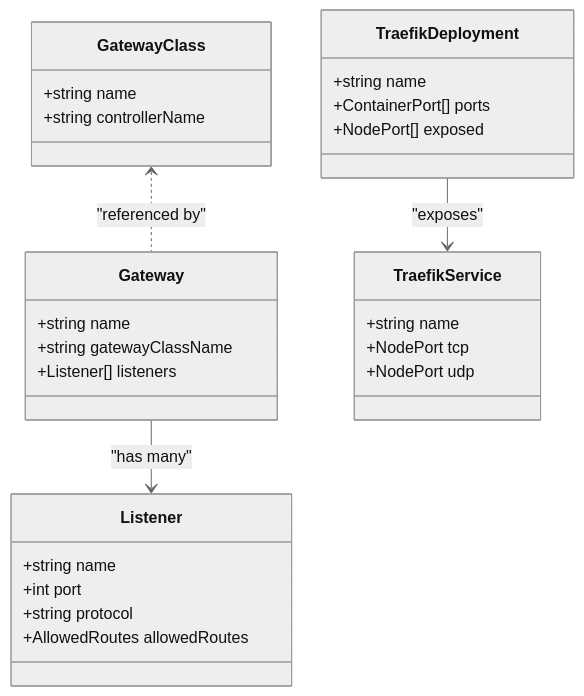
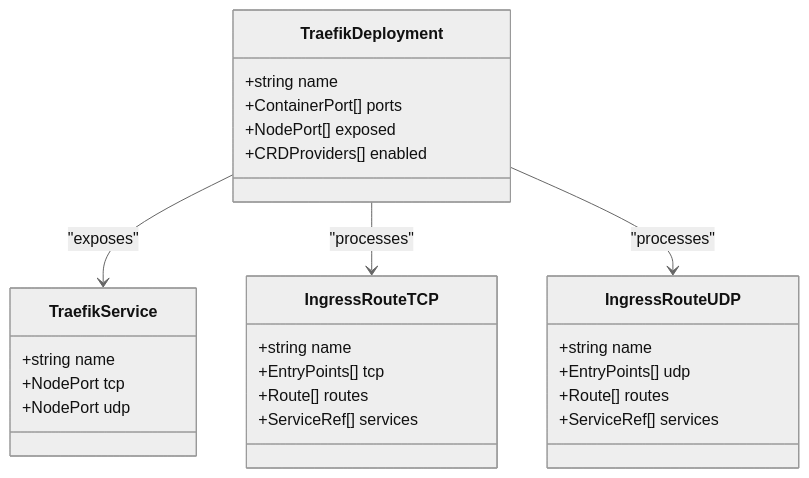
Before and after one commit to Hoangvu75/k8s_manifest: the fourth of 5 diagrams in .qoder/repowiki/en/content/Playground Applications/Demo Applications/TCP Echo Demo Application.md, drawn with Mermaid (neutral theme). The commit also changed other lines of this file and 10 other files, not shown here.

````diff
--- a/.qoder/repowiki/en/content/Playground Applications/Demo Applications/TCP Echo Demo Application.md
+++ b/.qoder/repowiki/en/content/Playground Applications/Demo Applications/TCP Echo Demo Application.md
@@ -201,31 +224,29 @@
 ```mermaid
 classDiagram
-class GatewayClass {
-+string name
-+string controllerName
-}
-class Gateway {
-+string name
-+string gatewayClassName
-+Listener[] listeners
-}
-class Listener {
-+string name
-+int port
-+string protocol
-+AllowedRoutes allowedRoutes
-}
 class TraefikDeployment {
 +string name
 +ContainerPort[] ports
 +NodePort[] exposed
++CRDProviders[] enabled
 }
 class TraefikService {
 +string name
 +NodePort tcp
 +NodePort udp
 }
-GatewayClass <.. Gateway : "referenced by"
-Gateway --> Listener : "has many"
+class IngressRouteTCP {
++string name
++EntryPoints[] tcp
++Route[] routes
++ServiceRef[] services
+}
+class IngressRouteUDP {
++string name
++EntryPoints[] udp
++Route[] routes
++ServiceRef[] services
+}
 TraefikDeployment --> TraefikService : "exposes"
+TraefikDeployment --> IngressRouteTCP : "processes"
+TraefikDeployment --> IngressRouteUDP : "processes"
 ```
````
